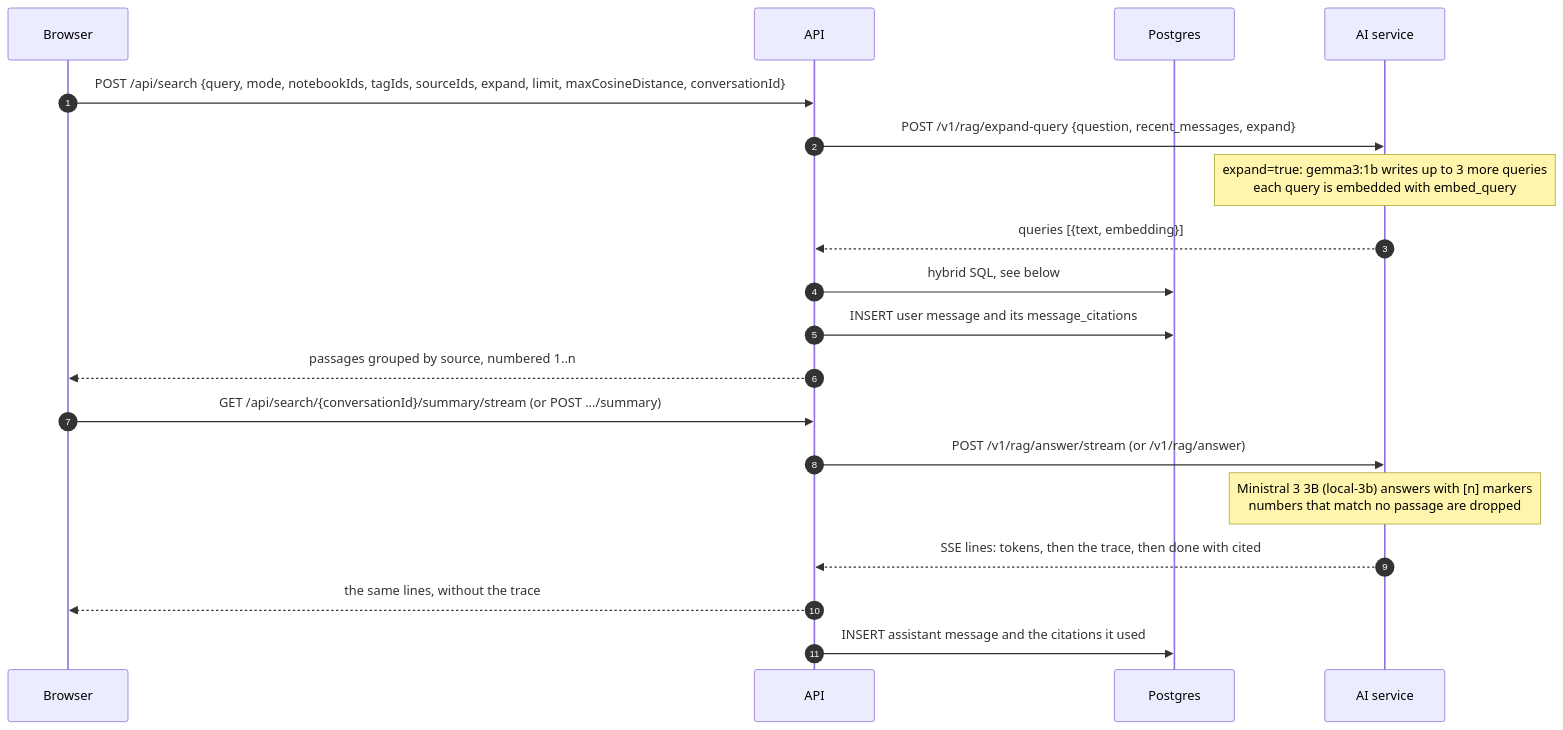
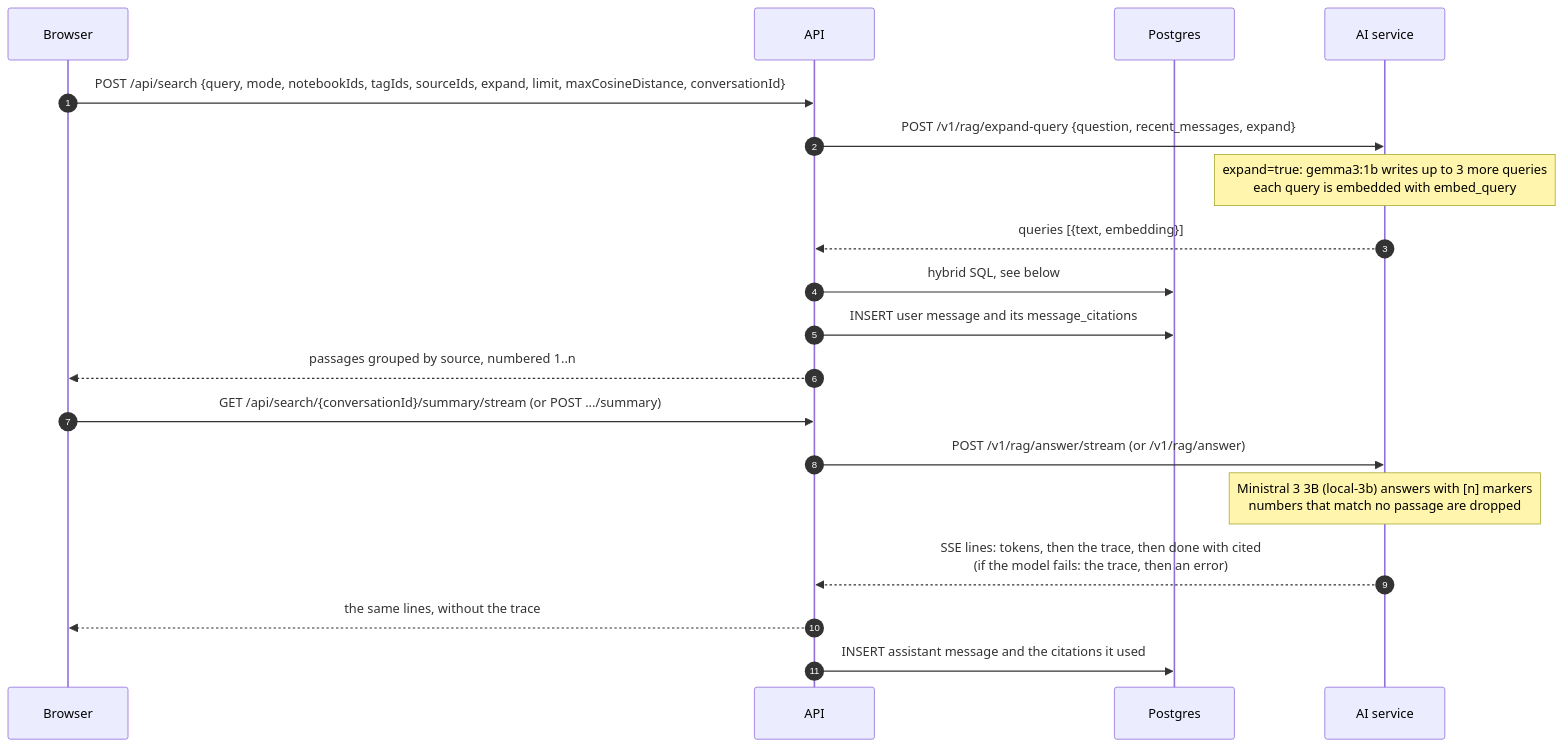
The third of 4 diagrams in docs/architecture.md (danielcrean4/talk-to-rag), drawn with Mermaid before and after one commit. The commit also changed other lines of this file and 4 other files, not shown here.

First line of the commit message:
Send the trace when a streamed summary fails

````diff
--- a/docs/architecture.md
+++ b/docs/architecture.md
@@ -82,22 +82,22 @@
 ```mermaid
 sequenceDiagram
     autonumber
     participant UI as Browser
     participant Api as API
     participant Db as Postgres
     participant Ai as AI service
 
     UI->>Api: POST /api/search {query, mode, notebookIds, tagIds, sourceIds, expand, limit, maxCosineDistance, conversationId}
     Api->>Ai: POST /v1/rag/expand-query {question, recent_messages, expand}
     Note over Ai: expand=true: gemma3:1b writes up to 3 more queries<br/>each query is embedded with embed_query
     Ai-->>Api: queries [{text, embedding}]
     Api->>Db: hybrid SQL, see below
     Api->>Db: INSERT user message and its message_citations
     Api-->>UI: passages grouped by source, numbered 1..n
     UI->>Api: GET /api/search/{conversationId}/summary/stream (or POST .../summary)
     Api->>Ai: POST /v1/rag/answer/stream (or /v1/rag/answer)
     Note over Ai: Ministral 3 3B (local-3b) answers with [n] markers<br/>numbers that match no passage are dropped
-    Ai-->>Api: SSE lines: tokens, then the trace, then done with cited
+    Ai-->>Api: SSE lines: tokens, then the trace, then done with cited<br/>(if the model fails: the trace, then an error)
     Api-->>UI: the same lines, without the trace
     Api->>Db: INSERT assistant message and the citations it used
 ```
````
